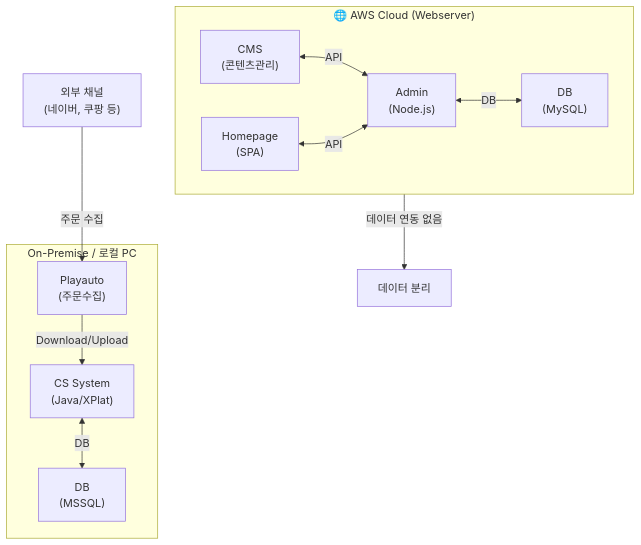
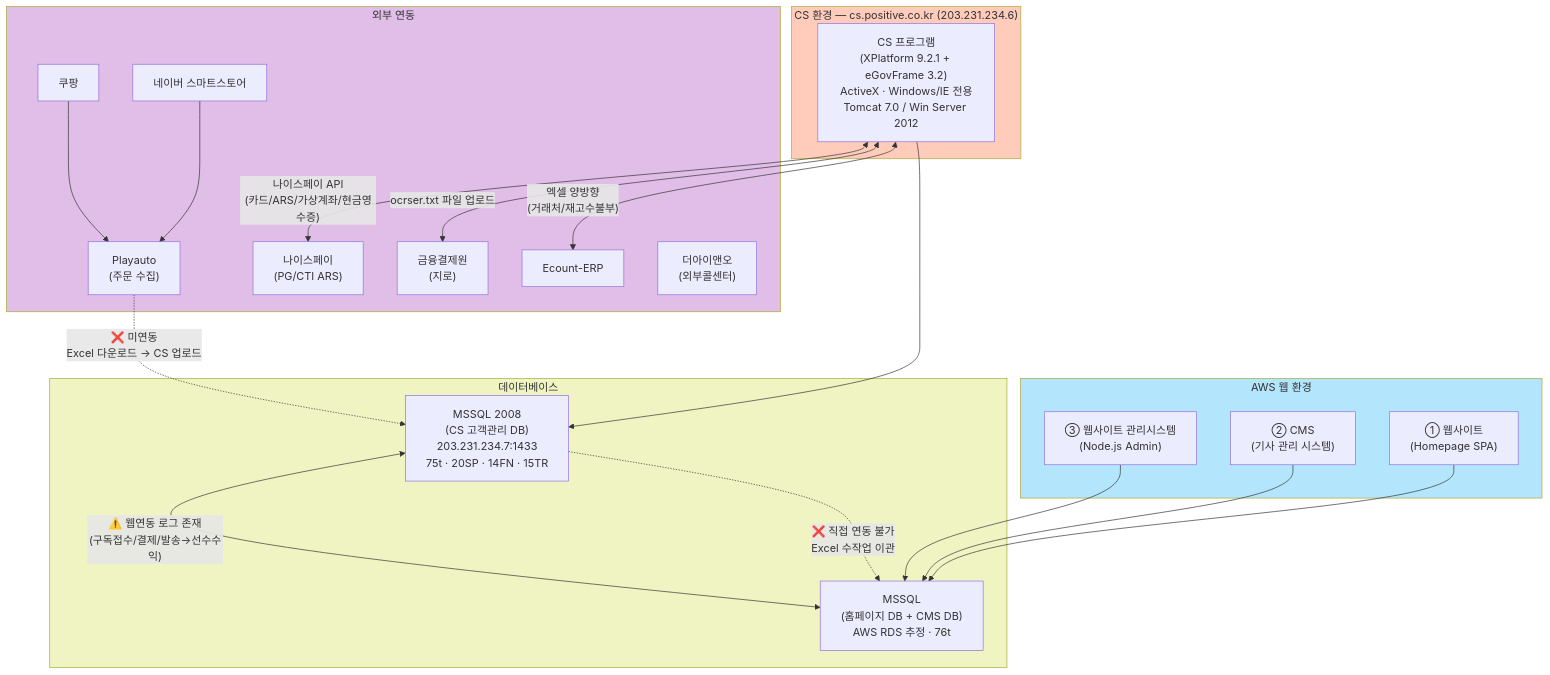
Before and after one commit to sknkwoxs/manual-book: the first of 6 diagrams in src/content/docs/goodthinking-isp/02-analysis/system-diagnosis.md, drawn with Mermaid. The commit also changed other lines of this file and 3 other files, not shown here.

````diff
--- a/src/content/docs/goodthinking-isp/02-analysis/system-diagnosis.md
+++ b/src/content/docs/goodthinking-isp/02-analysis/system-diagnosis.md
@@ -16,27 +38,47 @@
 ```mermaid
 graph TD
-    subgraph AWS["🌐 AWS Cloud (Webserver)"]
-        CMS["CMS<br/>(콘텐츠관리)"]
-        ADMIN["Admin<br/>(Node.js)"]
-        DB_WEB["DB<br/>(MySQL)"]
-        HOMEPAGE["Homepage<br/>(SPA)"]
-        
-        CMS <-->|API| ADMIN
-        ADMIN <-->|DB| DB_WEB
-        HOMEPAGE <-->|API| ADMIN
+    subgraph CS["CS 환경 — cs.positive.co.kr (203.231.234.6)"]
+        A["CS 프로그램<br/>(XPlatform 9.2.1 + eGovFrame 3.2)<br/>ActiveX · Windows/IE 전용<br/>Tomcat 7.0 / Win Server 2012"]
     end
-    
-    AWS -->|데이터 연동 없음| OnPrem["데이터 분리"]
-    
-    subgraph ONPREM["On-Premise / 로컬 PC"]
-        PLAYAUTO["Playauto<br/>(주문수집)"]
-        CSSYS["CS System<br/>(Java/XPlat)"]
-        DB_CS["DB<br/>(MSSQL)"]
-        
-        PLAYAUTO -->|Download/Upload| CSSYS
-        CSSYS <-->|DB| DB_CS
+
+    subgraph AWS["AWS 웹 환경"]
+        B1["① 웹사이트<br/>(Homepage SPA)"]
+        B2["② CMS<br/>(기사 관리 시스템)"]
+        B3["③ 웹사이트 관리시스템<br/>(Node.js Admin)"]
     end
-    
-    EXT["외부 채널<br/>(네이버, 쿠팡 등)"]
-    EXT -->|주문 수집| PLAYAUTO
+
+    subgraph EXT["외부 연동"]
+        E1["네이버 스마트스토어"]
+        E2["쿠팡"]
+        E3["Playauto<br/>(주문 수집)"]
+        E4["나이스페이<br/>(PG/CTI ARS)"]
+        E5["금융결제원<br/>(지로)"]
+        E6["Ecount-ERP"]
+        E7["더아이앤오<br/>(외부콜센터)"]
+    end
+
+    subgraph DB["데이터베이스"]
+        C["MSSQL 2008<br/>(CS 고객관리 DB)<br/>203.231.234.7:1433<br/>75t · 20SP · 14FN · 15TR"]
+        D["MSSQL<br/>(홈페이지 DB + CMS DB)<br/>AWS RDS 추정 · 76t"]
+    end
+
+    A --> C
+    B1 --> D
+    B2 --> D
+    B3 --> D
+
+    A <-->|"나이스페이 API<br/>(카드/ARS/가상계좌/현금영수증)"| E4
+    A <-->|"ocrser.txt 파일 업로드"| E5
+    A <-->|"엑셀 양방향<br/>(거래처/재고수불부)"| E6
+    E1 --> E3
+    E2 --> E3
+
+    C -.->|"❌ 직접 연동 불가<br/>Excel 수작업 이관"| D
+    C <-->|"⚠️ 웹연동 로그 존재<br/>(구독접수/결제/발송→선수수익)"| D
+    E3 -.->|"❌ 미연동<br/>Excel 다운로드 → CS 업로드"| C
+
+    style CS fill:#ffccbc
+    style AWS fill:#b3e5fc
+    style EXT fill:#e1bee7
+    style DB fill:#f0f4c3
 ```
````
